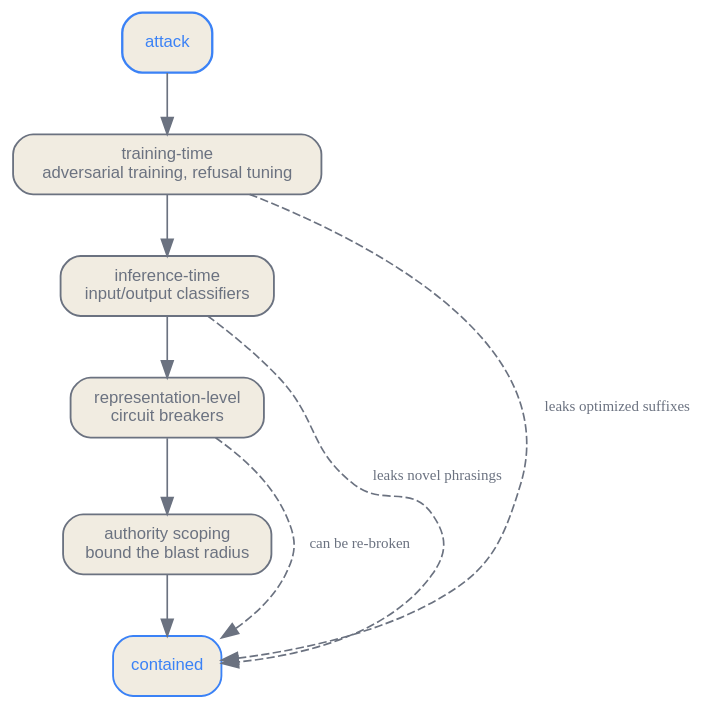
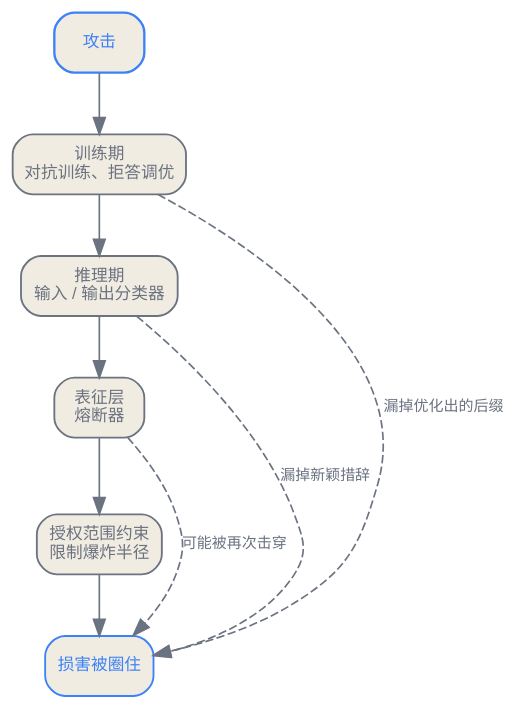
One commit to latere-ai/ai-as-an-infrastructure changed the second of 2 diagrams in zh/safety/05-adversarial-robustness.qmd. Above: the diagram before and after it, drawn with Graphviz. The commit also changed other lines of this file and 273 other files, not shown here.

Commit message:
docs: localize Chinese diagrams

````diff
--- a/zh/safety/05-adversarial-robustness.qmd
+++ b/zh/safety/05-adversarial-robustness.qmd
@@ -58,22 +58,22 @@
 ```{dot}
 //| label: fig-adv-defense-layers
 //| fig-cap: "针对越狱与注入的纵深防御。每一层抓住一个不同的家族，又漏掉另一些：训练期加固对优化出来的后缀泛化很差，分类器增加延迟又会漏掉新颖措辞，表征级防御可能被重新击穿，而只有授权范围约束能在上游各层都失守时限定损害。"
 digraph defenses {
   rankdir=TB;
   bgcolor="transparent";
   node [shape=box, style="rounded,filled", fontname="Helvetica", fontsize=10, color="#6b7280", fontcolor="#6b7280", fillcolor="#f1ece1", penwidth=1.1];
   edge [color="#6b7280", fontcolor="#6b7280", fontsize=9];
 
-  atk [label="attack", color="#3b82f6", fontcolor="#3b82f6", penwidth=1.4];
-  adv [label="training-time\nadversarial training, refusal tuning"];
-  cls [label="inference-time\ninput/output classifiers"];
-  rep [label="representation-level\ncircuit breakers"];
-  aut [label="authority scoping\nbound the blast radius"];
-  safe [label="contained", color="#3b82f6", fontcolor="#3b82f6"];
+  atk [label="攻击", color="#3b82f6", fontcolor="#3b82f6", penwidth=1.4];
+  adv [label="训练期\n对抗训练、拒答调优"];
+  cls [label="推理期\n输入 / 输出分类器"];
+  rep [label="表征层\n熔断器"];
+  aut [label="授权范围约束\n限制爆炸半径"];
+  safe [label="损害被圈住", color="#3b82f6", fontcolor="#3b82f6"];
 
   atk -> adv -> cls -> rep -> aut -> safe;
-  adv -> safe [label="leaks optimized suffixes", style=dashed, constraint=false];
-  cls -> safe [label="leaks novel phrasings", style=dashed, constraint=false];
-  rep -> safe [label="can be re-broken", style=dashed, constraint=false];
+  adv -> safe [label="漏掉优化出的后缀", style=dashed, constraint=false];
+  cls -> safe [label="漏掉新颖措辞", style=dashed, constraint=false];
+  rep -> safe [label="可能被再次击穿", style=dashed, constraint=false];
 }
 ```
````
